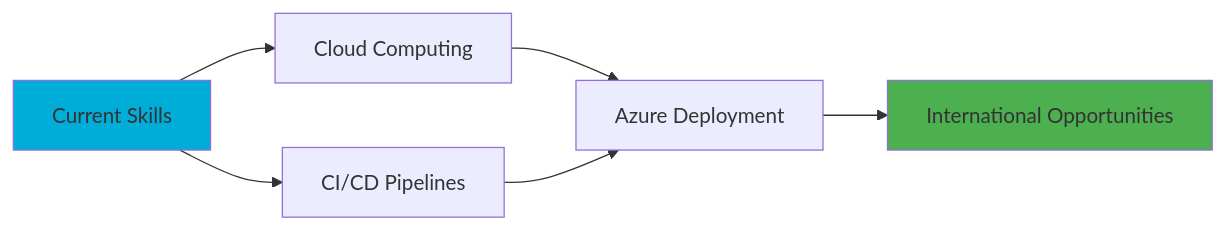
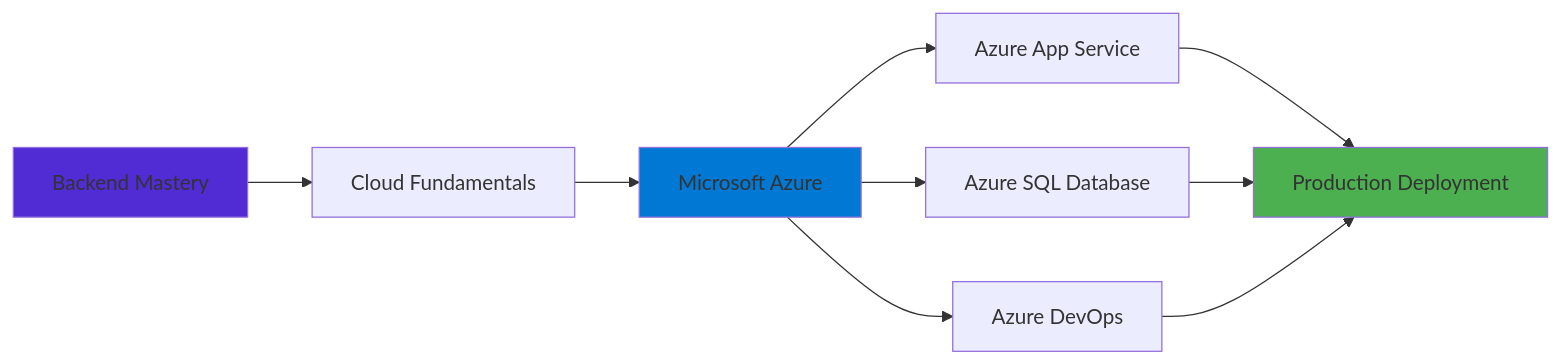
One commit to omargamal1121/omargamal1121 changed the diagram in README.md. Above: the diagram before and after it, drawn with Mermaid. The commit also changed other lines of this file, not shown here.

````diff
--- a/README.md
+++ b/README.md
@@ -157,11 +162,15 @@
 ```mermaid
 graph LR
-    A[Current Skills] --> B[Cloud Computing]
-    A --> C[CI/CD Pipelines]
-    B --> D[Azure Deployment]
-    C --> D
-    D --> E[International Opportunities]
+    A[Backend Mastery] --> B[Cloud Fundamentals]
+    B --> C[Microsoft Azure]
+    C --> D[Azure App Service]
+    C --> E[Azure SQL Database]
+    C --> F[Azure DevOps]
+    D --> G[Production Deployment]
+    E --> G
+    F --> G
     
-    style A fill:#00ADD8
-    style E fill:#4CAF50
+    style A fill:#512BD4
+    style C fill:#0078D4
+    style G fill:#4CAF50
 ```
````
